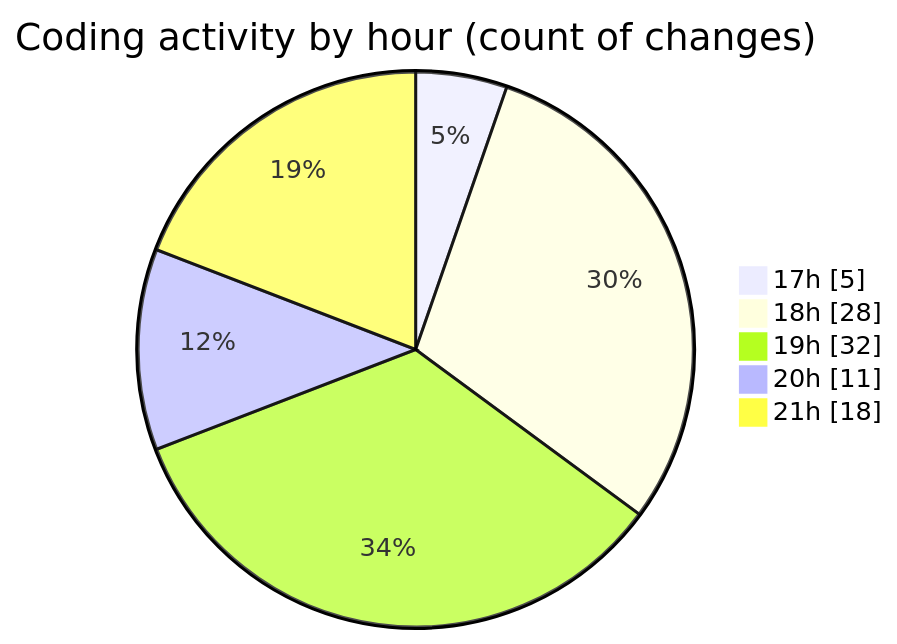
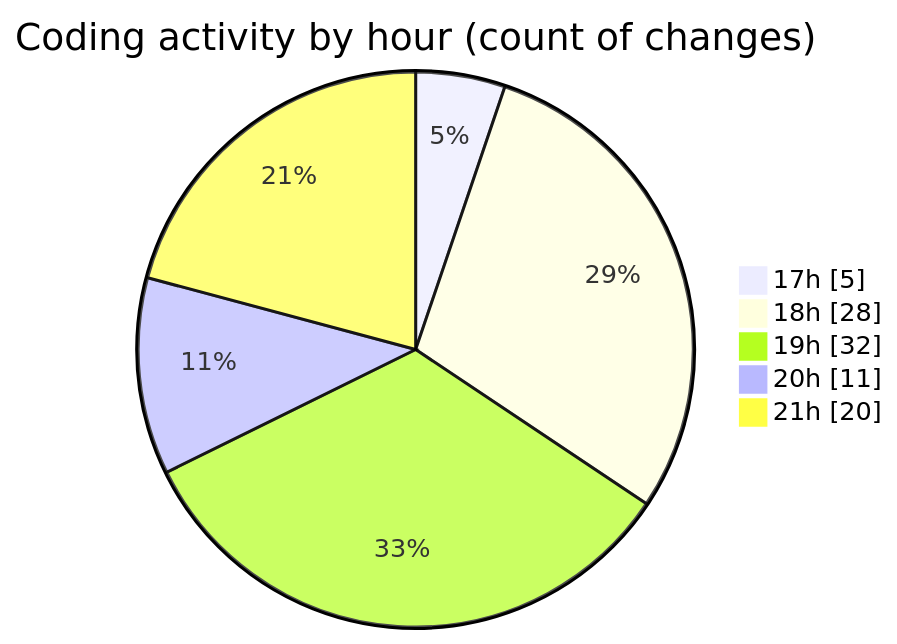
One commit to donsfak/code-tracking changed the second of 2 diagrams in 2025-01-01/uber_clone/README.md. Above: the diagram before and after it, drawn with Mermaid. The commit also changed other lines of this file and 1 other file, not shown here.

````diff
--- a/2025-01-01/uber_clone/README.md
+++ b/2025-01-01/uber_clone/README.md
@@ -44,9 +44,9 @@
 ```mermaid
 pie showData
 title Coding activity by hour (count of changes)
 "17h" : 5
 "18h" : 28
 "19h" : 32
 "20h" : 11
-"21h" : 18
+"21h" : 20
 ```
````
